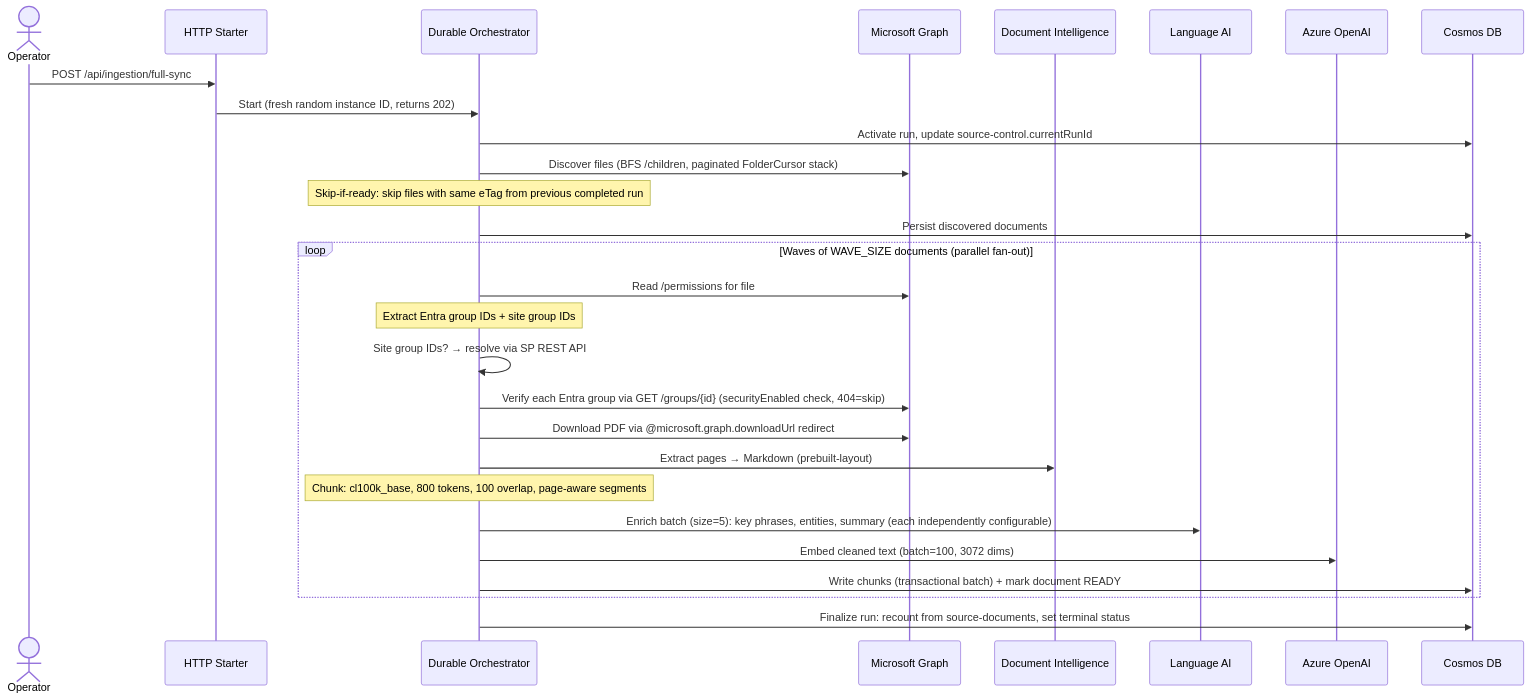
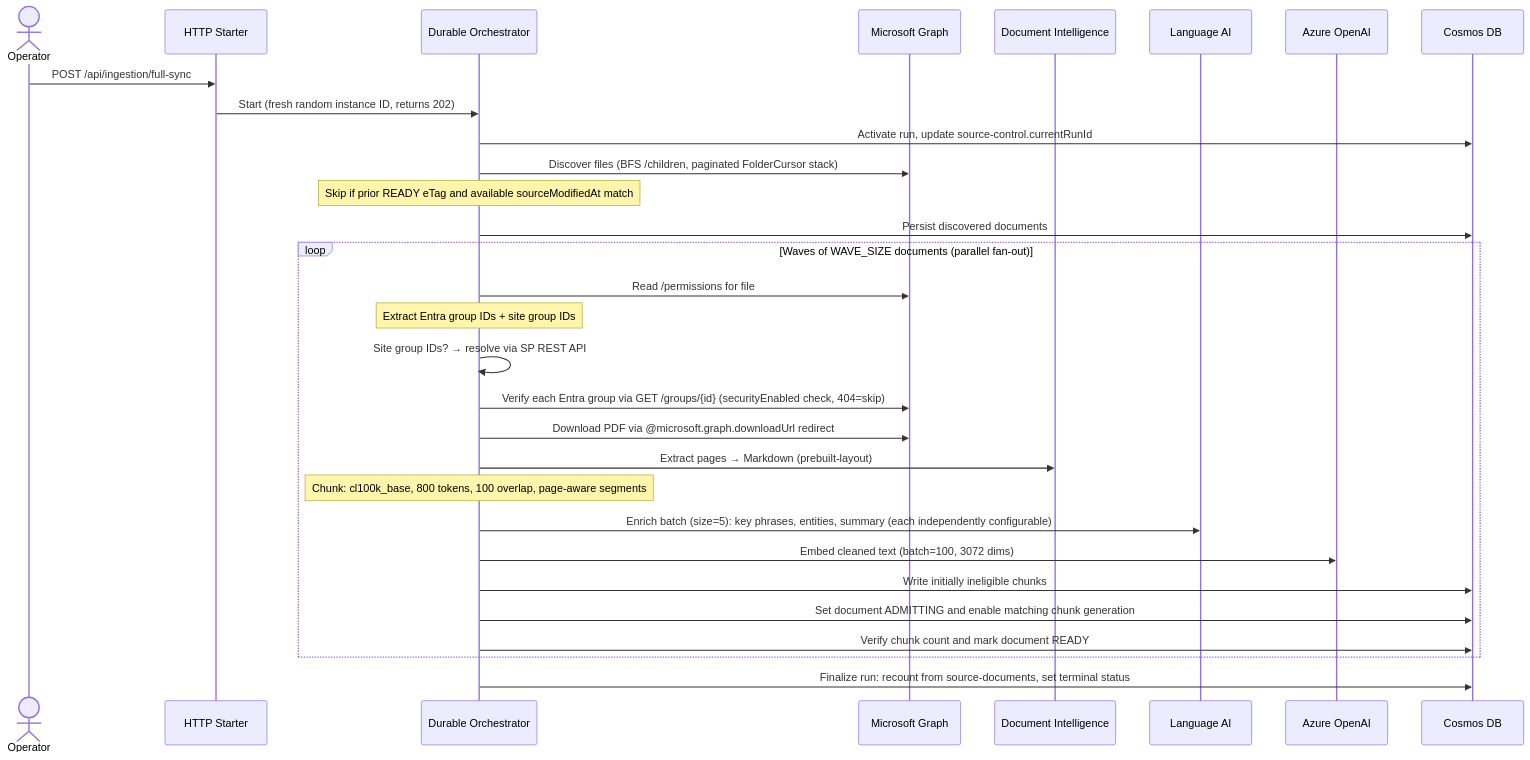
One commit to HariVamsiChittari/enterprise-rag-pipeline changed the second of 11 diagrams in docs/ARCHITECTURE.md. Above: the diagram before and after it, drawn with Mermaid. The commit also changed other lines of this file and 108 other files, not shown here.

````diff
--- a/docs/ARCHITECTURE.md
+++ b/docs/ARCHITECTURE.md
@@ -66,33 +70,35 @@
 ```mermaid
 sequenceDiagram
     actor Operator
     participant Starter as HTTP Starter
     participant Orch as Durable Orchestrator
     participant Graph as Microsoft Graph
     participant DI as Document Intelligence
     participant Lang as Language AI
     participant OAI as Azure OpenAI
     participant Cosmos as Cosmos DB
 
     Operator->>Starter: POST /api/ingestion/full-sync
     Starter->>Orch: Start (fresh random instance ID, returns 202)
     Orch->>Cosmos: Activate run, update source-control.currentRunId
     Orch->>Graph: Discover files (BFS /children, paginated FolderCursor stack)
-    Note over Orch: Skip-if-ready: skip files with same eTag from previous completed run
+    Note over Orch: Skip if prior READY eTag and available sourceModifiedAt match
     Orch->>Cosmos: Persist discovered documents
 
     loop Waves of WAVE_SIZE documents (parallel fan-out)
         Orch->>Graph: Read /permissions for file
         Note over Orch: Extract Entra group IDs + site group IDs
         Orch->>Orch: Site group IDs? → resolve via SP REST API
         Orch->>Graph: Verify each Entra group via GET /groups/{id} (securityEnabled check, 404=skip)
         Orch->>Graph: Download PDF via @microsoft.graph.downloadUrl redirect
         Orch->>DI: Extract pages → Markdown (prebuilt-layout)
         Note over Orch: Chunk: cl100k_base, 800 tokens, 100 overlap, page-aware segments
         Orch->>Lang: Enrich batch (size=5): key phrases, entities, summary (each independently configurable)
         Orch->>OAI: Embed cleaned text (batch=100, 3072 dims)
-        Orch->>Cosmos: Write chunks (transactional batch) + mark document READY
+        Orch->>Cosmos: Write initially ineligible chunks
+        Orch->>Cosmos: Set document ADMITTING and enable matching chunk generation
+        Orch->>Cosmos: Verify chunk count and mark document READY
     end
 
     Orch->>Cosmos: Finalize run: recount from source-documents, set terminal status
 ```
````
